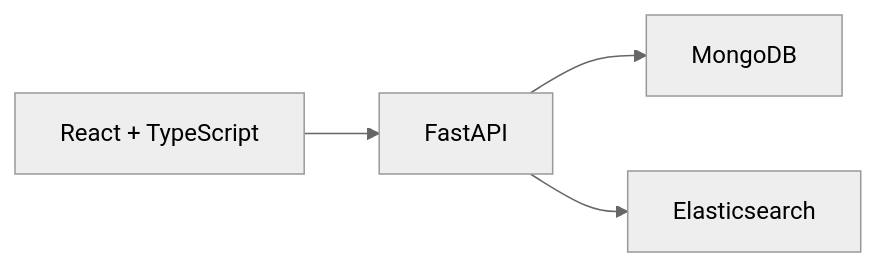
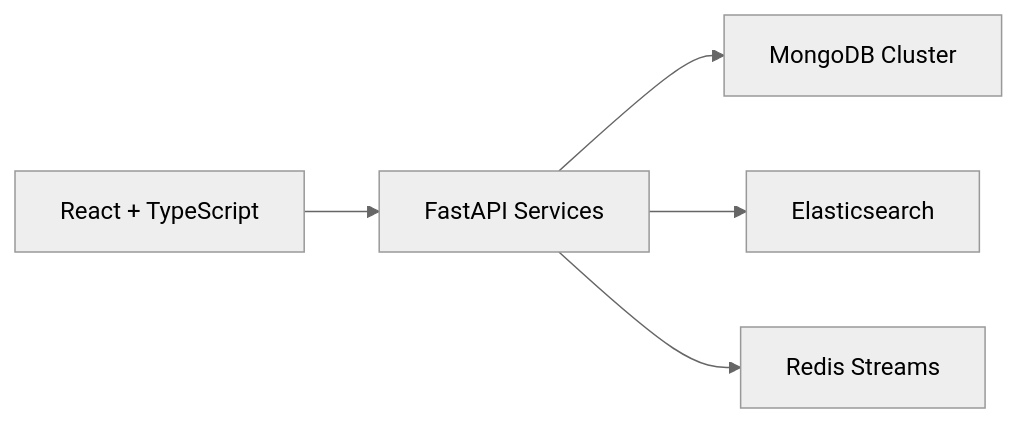
Before and after one commit to mentech93/mentech93: the ninth of 19 diagrams in README.md, drawn with Mermaid (neutral theme). The commit also changed other lines of this file, not shown here.

````diff
--- a/README.md
+++ b/README.md
@@ -455,6 +593,7 @@
 ```mermaid
 graph LR
-    A[React + TypeScript] --> B[FastAPI]
-    B --> C[MongoDB]
+    A[React + TypeScript] --> B[FastAPI Services]
+    B --> C[MongoDB Cluster]
     B --> D[Elasticsearch]
+    B --> E[Redis Streams]
 ```
````
